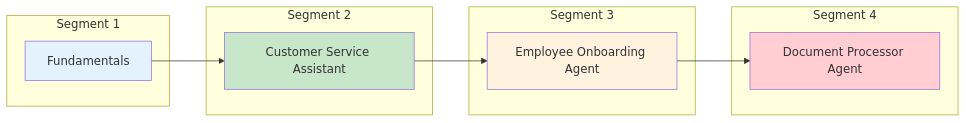
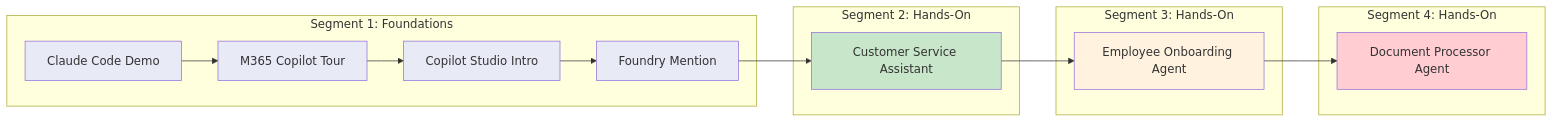
The diagram in README.md (timothywarner-org/agents-pro), drawn with Mermaid before and after one commit. The commit also changed other lines of this file and 33 other files, not shown here.

````diff
--- a/README.md
+++ b/README.md
@@ -13,25 +13,30 @@
 ```mermaid
 flowchart LR
-    subgraph "Segment 1"
-        H1[Fundamentals]
+    subgraph "Segment 1: Foundations"
+        A1[Claude Code Demo] --> A2[M365 Copilot Tour]
+        A2 --> A3[Copilot Studio Intro]
+        A3 --> A4[Foundry Mention]
     end
 
-    subgraph "Segment 2"
+    subgraph "Segment 2: Hands-On"
         H2[Customer Service Assistant]
     end
 
-    subgraph "Segment 3"
+    subgraph "Segment 3: Hands-On"
         H3[Employee Onboarding Agent]
     end
 
-    subgraph "Segment 4"
+    subgraph "Segment 4: Hands-On"
         H4[Document Processor Agent]
     end
 
-    H1 --> H2 --> H3 --> H4
+    A4 --> H2 --> H3 --> H4
 
-    style H1 fill:#e3f2fd
+    style A1 fill:#e8eaf6
+    style A2 fill:#e8eaf6
+    style A3 fill:#e8eaf6
+    style A4 fill:#e8eaf6
     style H2 fill:#c8e6c9
     style H3 fill:#fff3e0
     style H4 fill:#ffcdd2
 ```
````
